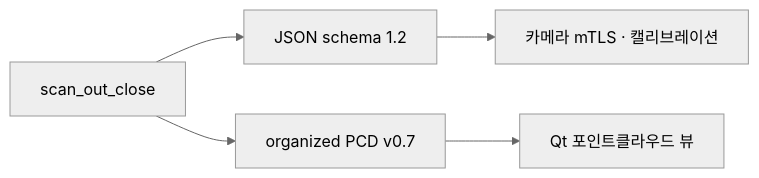
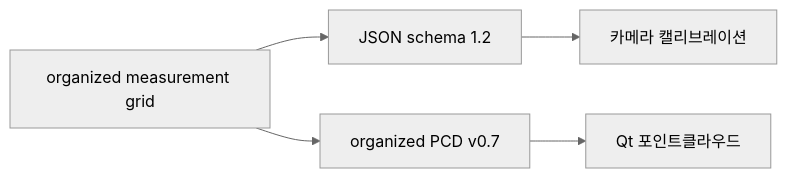
Before and after one commit to VEDA-4th-Oppenheimer/docs: the diagram in interfaces/scan-artifacts.md, drawn with Mermaid (neutral theme). The commit also changed other lines of this file and 5 other files, not shown here.

````diff
--- a/interfaces/scan-artifacts.md
+++ b/interfaces/scan-artifacts.md
@@ -23,7 +22,7 @@
 ```mermaid
 flowchart LR
-  S[scan_out_close] --> J[JSON schema 1.2]
-  S --> P[organized PCD v0.7]
-  J --> C[카메라 mTLS · 캘리브레이션]
-  P --> Q[Qt 포인트클라우드 뷰]
+  G[organized measurement grid] --> J[JSON schema 1.2]
+  G --> P[organized PCD v0.7]
+  J --> C[카메라 캘리브레이션]
+  P --> Q[Qt 포인트클라우드]
 ```
````
